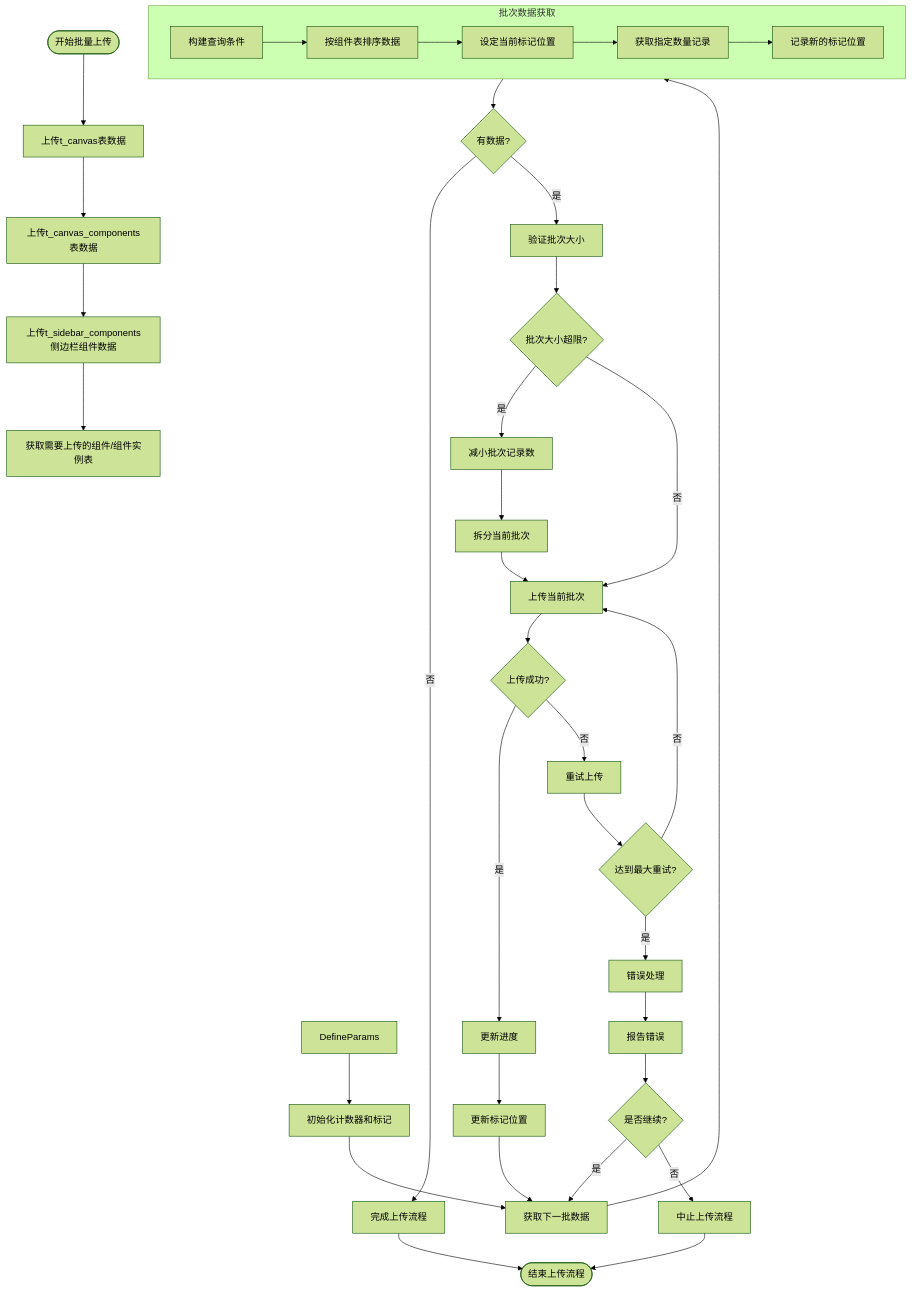
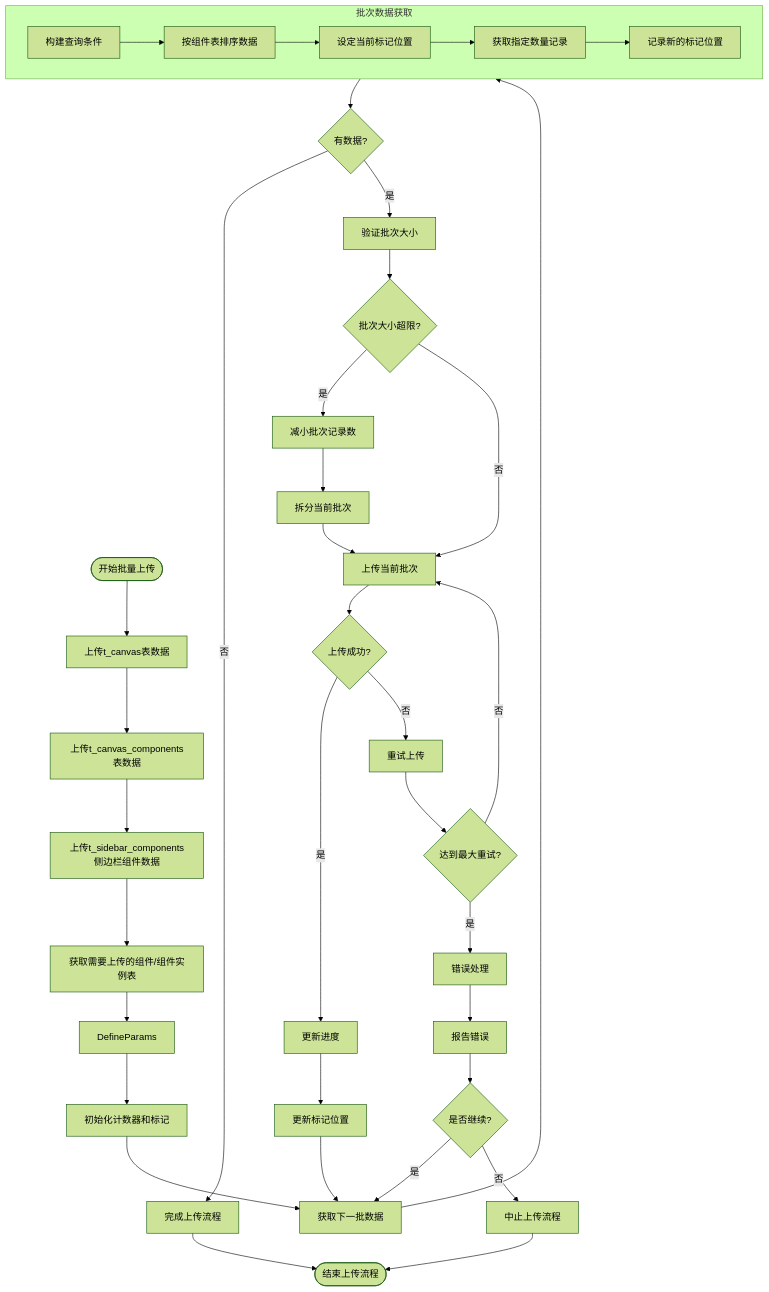
One commit to yingjianzh/iodraw-files changed the diagram in all/未命名-51.md. Above: the diagram before and after it, drawn with Mermaid (forest theme).

Commit message:
2025-05-08 17:25:29 update

````diff
--- a/all/未命名-51.md
+++ b/all/未命名-51.md
@@ -1,51 +1,52 @@
 ```mermaid
 flowchart TD
     Start([开始批量上传]) --> UploadSpaceData[上传t_canvas表数据]
     UploadSpaceData --> UploadComponentListData[上传t_canvas_components表数据]
     UploadComponentListData --> UploadSiderComponent[上传t_sidebar_components侧边栏组件数据]
     
     UploadSiderComponent --> UploadData[获取需要上传的组件/组件实例表]
-    
+
+    UploadData --> 
     DefineParams --> InitCounters[初始化计数器和标记]
     
     InitCounters --> FetchNextBatch[获取下一批数据]
     
     subgraph BatchFetch [批次数据获取]
         A[构建查询条件] --> B[按组件表排序数据]
         B --> C[设定当前标记位置]
         C --> D[获取指定数量记录]
         D --> E[记录新的标记位置]
     end
     
     FetchNextBatch --> BatchFetch
     
     BatchFetch --> CheckResults{有数据?}
     CheckResults -->|否| CompleteUpload[完成上传流程]
     CheckResults -->|是| ValidateBatch[验证批次大小]
     
     ValidateBatch --> SizeTooLarge{批次大小超限?}
     SizeTooLarge -->|是| AdjustBatchSize[减小批次记录数]
     SizeTooLarge -->|否| UploadBatch[上传当前批次]
     
     AdjustBatchSize --> SplitBatch[拆分当前批次]
     SplitBatch --> UploadBatch
     
     UploadBatch --> UploadSuccess{上传成功?}
     UploadSuccess -->|是| UpdateProgress[更新进度]
     UploadSuccess -->|否| RetryUpload[重试上传]
     
     RetryUpload --> MaxRetries{达到最大重试?}
     MaxRetries -->|否| UploadBatch
     MaxRetries -->|是| ErrorHandling[错误处理]
     
     ErrorHandling --> ReportError[报告错误]
     ReportError --> ContinueOption{是否继续?}
     ContinueOption -->|是| FetchNextBatch
     ContinueOption -->|否| AbortProcess[中止上传流程]
     
     UpdateProgress --> UpdateMarker[更新标记位置]
     UpdateMarker --> FetchNextBatch
     
     CompleteUpload --> End([结束上传流程])
     AbortProcess --> End
 ```
````
